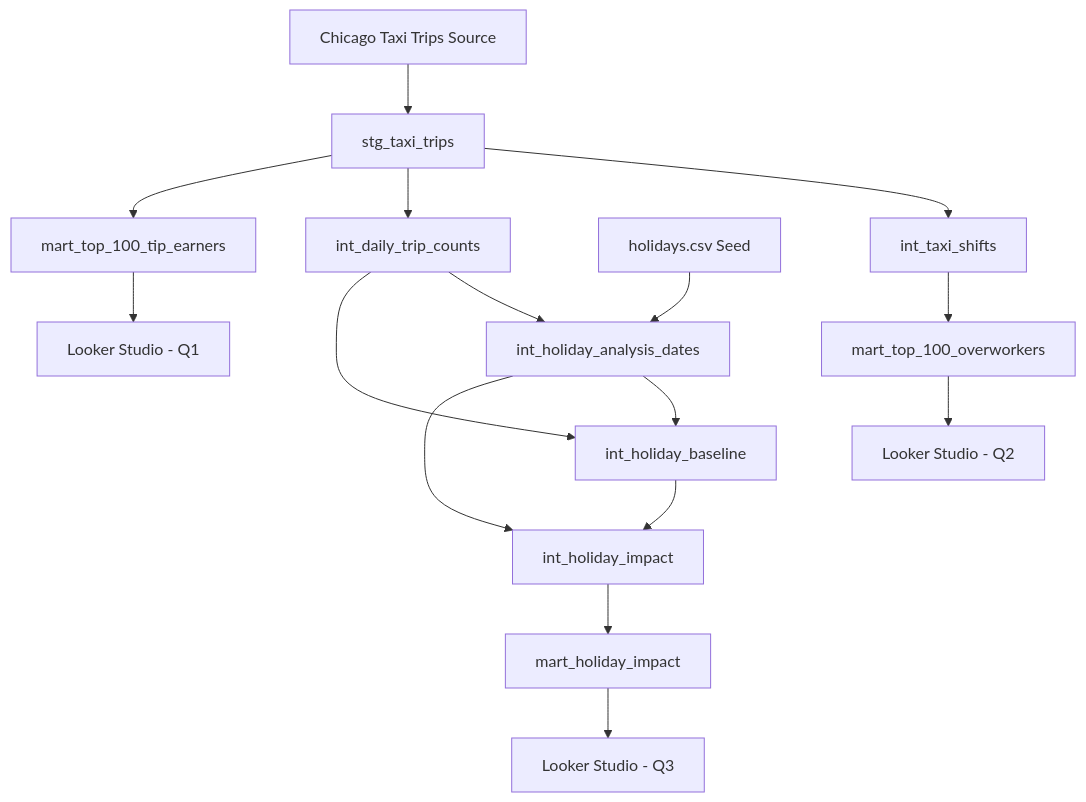
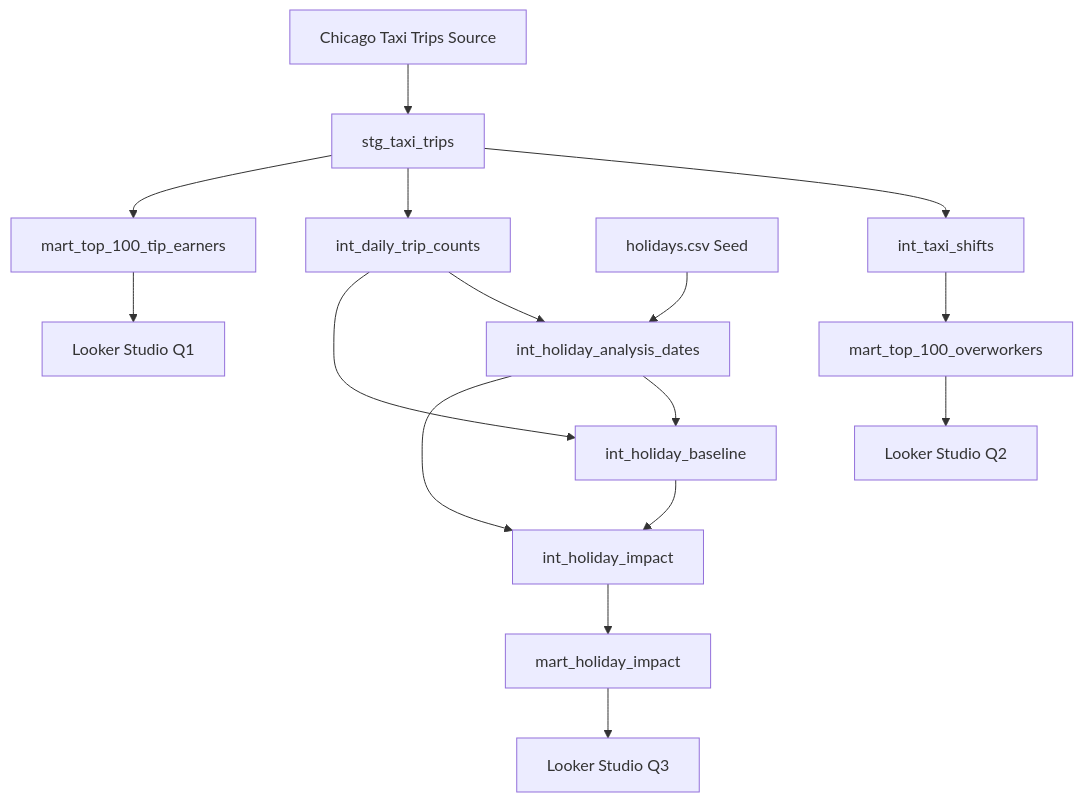
The diagram in README.md (umarfaridjalaluddin-coder/chicago-taxi-analytics), drawn with Mermaid before and after one commit. The commit also changed other lines of this file, not shown here.

````diff
--- a/README.md
+++ b/README.md
@@ -80,24 +80,24 @@
 ```mermaid
 flowchart TD
 
     A[Chicago Taxi Trips Source] --> B[stg_taxi_trips]
 
     B --> C[int_taxi_shifts]
     B --> D[int_daily_trip_counts]
 
     H[holidays.csv Seed] --> E[int_holiday_analysis_dates]
 
     D --> E
     D --> F[int_holiday_baseline]
     E --> F
     E --> G[int_holiday_impact]
     F --> G
 
     B --> M1[mart_top_100_tip_earners]
     C --> M2[mart_top_100_overworkers]
     G --> M3[mart_holiday_impact]
 
-    M1 --> L1[Looker Studio - Q1]
-    M2 --> L2[Looker Studio - Q2]
-    M3 --> L3[Looker Studio - Q3]
+    M1 --> L1[Looker Studio Q1]
+    M2 --> L2[Looker Studio Q2]
+    M3 --> L3[Looker Studio Q3]
 ```
````
